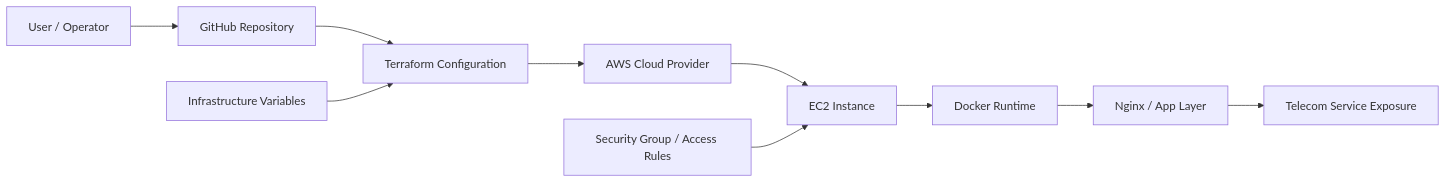
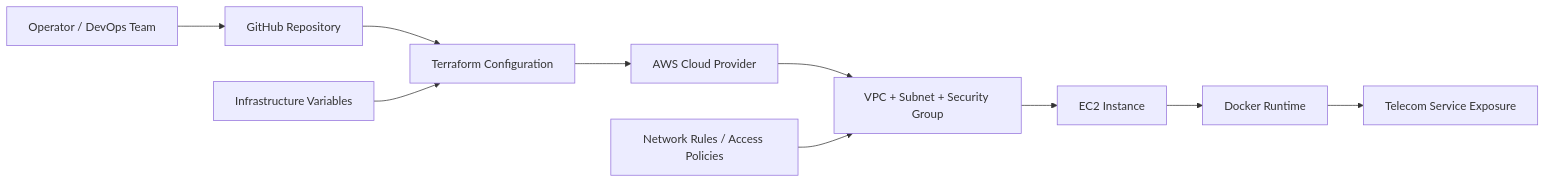
One commit to mohddilshadkhan2003/-IaC-Provisioning-for-Telecomm-System changed the first of 2 diagrams in README.md. Above: the diagram before and after it, drawn with Mermaid. The commit also changed other lines of this file, not shown here.

````diff
--- a/README.md
+++ b/README.md
@@ -28,13 +28,13 @@
 ```mermaid
 flowchart LR
-    A[User / Operator] --> B[GitHub Repository]
+    A[Operator / DevOps Team] --> B[GitHub Repository]
     B --> C[Terraform Configuration]
     C --> D[AWS Cloud Provider]
-    D --> E[EC2 Instance]
-    E --> F[Docker Runtime]
-    F --> G[Nginx / App Layer]
+    D --> E[VPC + Subnet + Security Group]
+    E --> F[EC2 Instance]
+    F --> G[Docker Runtime]
     G --> H[Telecom Service Exposure]
 
-    I[Security Group / Access Rules] --> E
-    J[Infrastructure Variables] --> C
+    I[Infrastructure Variables] --> C
+    J[Network Rules / Access Policies] --> E
 ```
````
